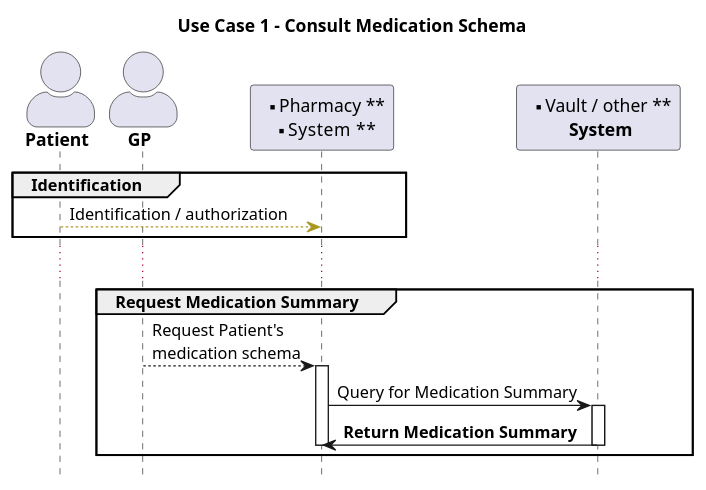
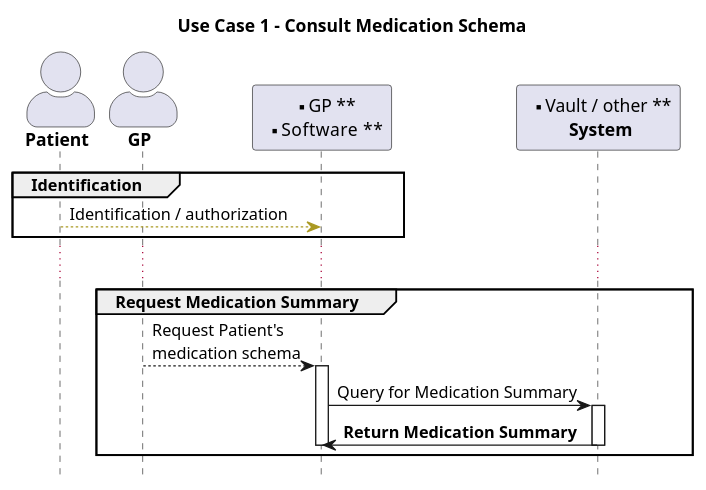
Before and after one commit to jcostateixeira/riziv-medication-record: the diagram in input/images-source/usecase-medicationschema-1.plantuml, drawn with PlantUML. The commit also changed 2 other files, not shown here.

Commit message:
update usage diagrams

```diff
--- a/input/images-source/usecase-medicationschema-1.plantuml
+++ b/input/images-source/usecase-medicationschema-1.plantuml
@@ -1,30 +1,30 @@
 @startuml
 title Use Case 1 - Consult Medication Schema
 skinparam actorStyle awesome
 
 hide footbox
 
 '!include ./style.iuml
 
 actor "**Patient**" as P
 actor "**GP**" as GP
-Participant "** Pharmacy **\n**  System  **" as PIS
+Participant "** GP **\n**  Software  **" as GPS
 Participant "** Vault / other **\n **  System  **" as V
 
 group Identification
-P -[#A92]-> PIS : Identification / authorization
+P -[#A92]-> GPS : Identification / authorization
 end
 ...
 
 group Request Medication Summary
-GP --> PIS : Request Patient's\nmedication schema 
-activate PIS
-PIS -> V : Query for Medication Summary
+GP --> GPS : Request Patient's\nmedication schema 
+activate GPS
+GPS -> V : Query for Medication Summary
 activate V
-PIS <- V : **Return Medication Summary**
+GPS <- V : **Return Medication Summary**
 deactivate V
-deactivate PIS
+deactivate GPS
 end
 
 
 @enduml
```
